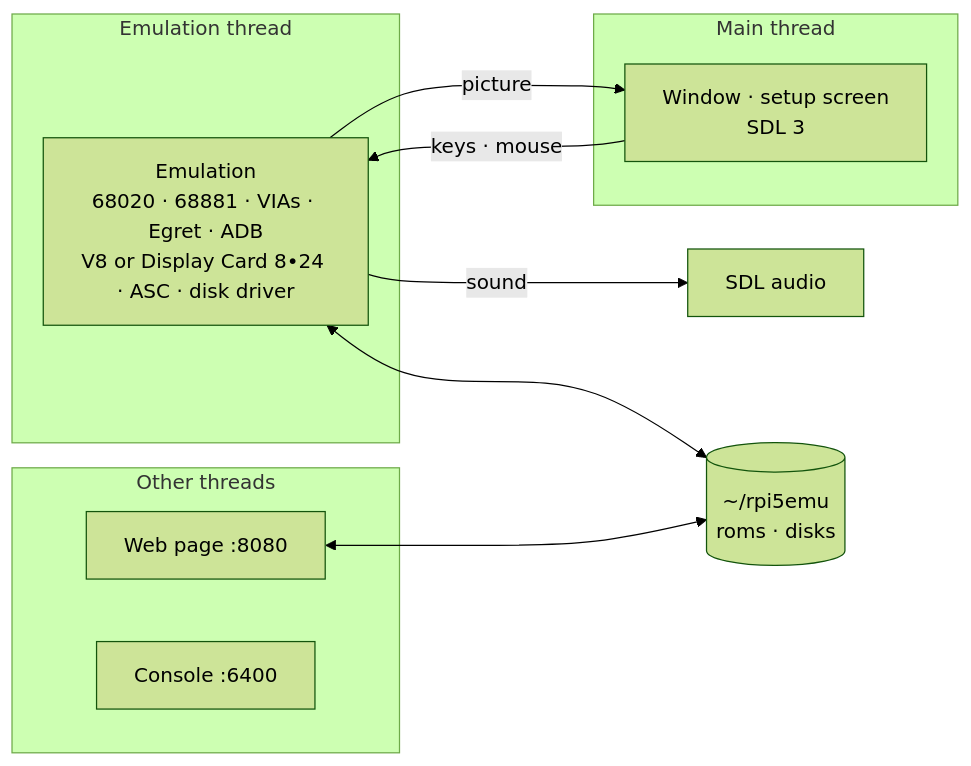
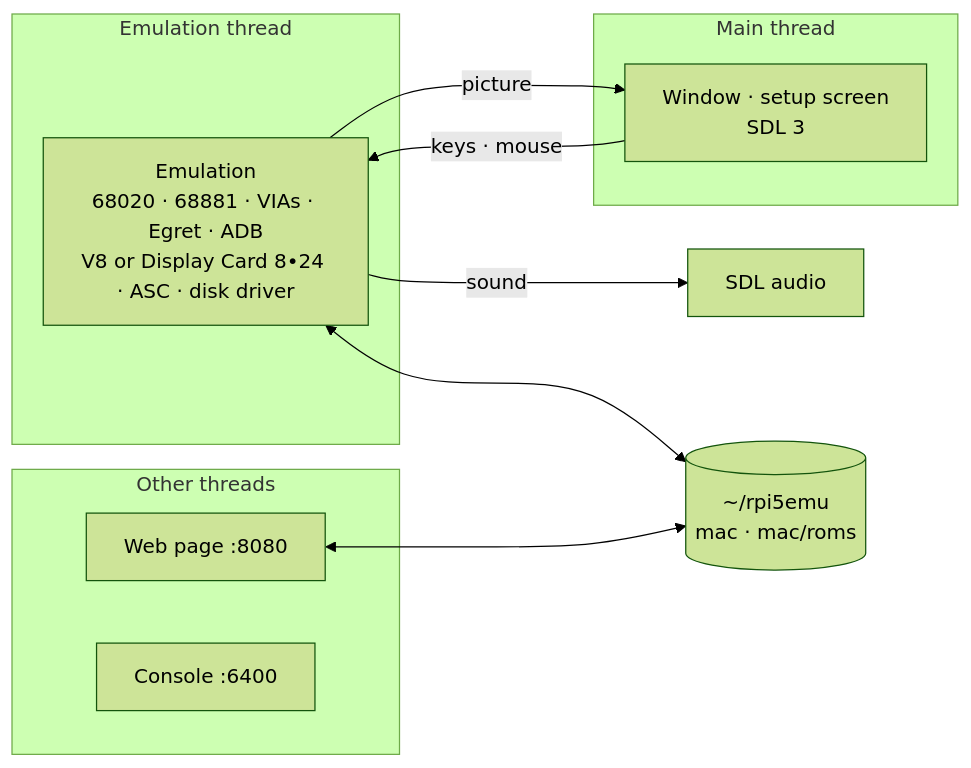
The diagram in README.md (rlucencic/rpi5mac2), drawn with Mermaid (forest theme) before and after one commit. The commit also changed other lines of this file and 4 other files, not shown here.

First line of the commit message:
ROMs in ~/rpi5emu/mac/roms, disk images in mac/ (was disks/)

````diff
--- a/README.md
+++ b/README.md
@@ -170,19 +171,19 @@
 ```mermaid
 flowchart LR
   subgraph emu [Emulation thread]
     EMU["Emulation<br>68020 · 68881 · VIAs · Egret · ADB<br>V8 or Display Card 8•24 · ASC · disk driver"]
   end
   subgraph main [Main thread]
     WIN["Window · setup screen<br>SDL 3"]
   end
   subgraph others [Other threads]
     WEB[Web page :8080]
     CON[Console :6400]
   end
   EMU -- picture --> WIN
   EMU -- sound --> SND[SDL audio]
   WIN -- keys · mouse --> EMU
-  DATA[("~/rpi5emu<br>roms · disks")]
+  DATA[("~/rpi5emu<br>mac · mac/roms")]
   EMU <--> DATA
   WEB <--> DATA
 ```
````
